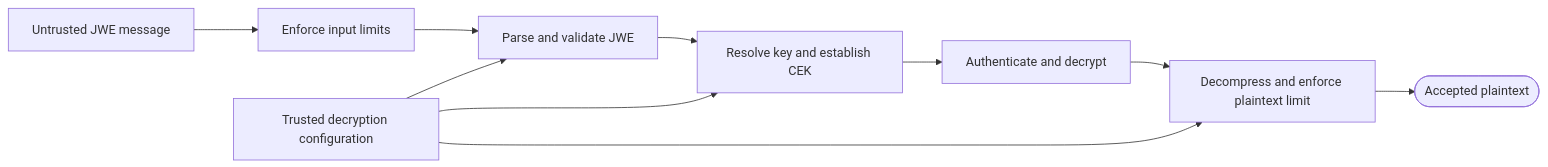
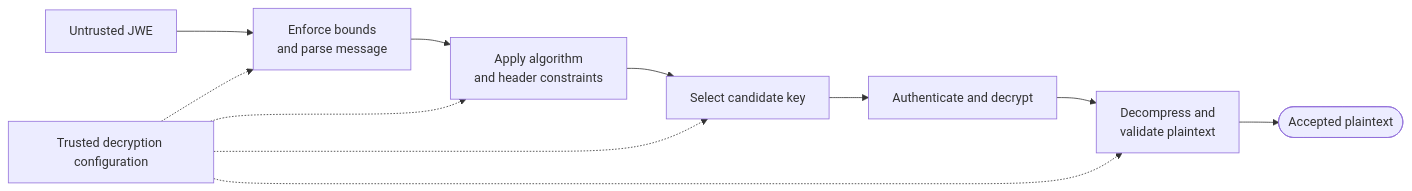
The ninth of 20 diagrams in DESIGN.md (mkbeh/xjose), drawn with Mermaid before and after one commit. The commit also changed other lines of this file, not shown here.

Commit message:
docs: refine architectural design

````diff
--- a/DESIGN.md
+++ b/DESIGN.md
@@ -400,20 +440,21 @@
 ```mermaid
 flowchart LR
-    Token[Untrusted JWE message]
+    Message[Untrusted JWE]
+    Parse[Enforce bounds<br/>and parse message]
+    Policy[Apply algorithm<br/>and header constraints]
+    Key[Select candidate key]
+    Decrypt[Authenticate and decrypt]
+    Plaintext[Decompress and<br/>validate plaintext]
+    Result([Accepted plaintext])
     Config[Trusted decryption configuration]
-    Limits[Enforce input limits]
-    Prepare[Parse and validate JWE]
-    Key[Resolve key and establish CEK]
-    Decrypt[Authenticate and decrypt]
-    Plaintext[Decompress and enforce plaintext limit]
-    Result([Accepted plaintext])
-    Token --> Limits
-    Limits --> Prepare
-    Prepare --> Key
+    Message --> Parse
+    Parse --> Policy
+    Policy --> Key
     Key --> Decrypt
     Decrypt --> Plaintext
     Plaintext --> Result
-    Config --> Prepare
-    Config --> Key
-    Config --> Plaintext
+    Config -.-> Parse
+    Config -.-> Policy
+    Config -.-> Key
+    Config -.-> Plaintext
 ```
````
